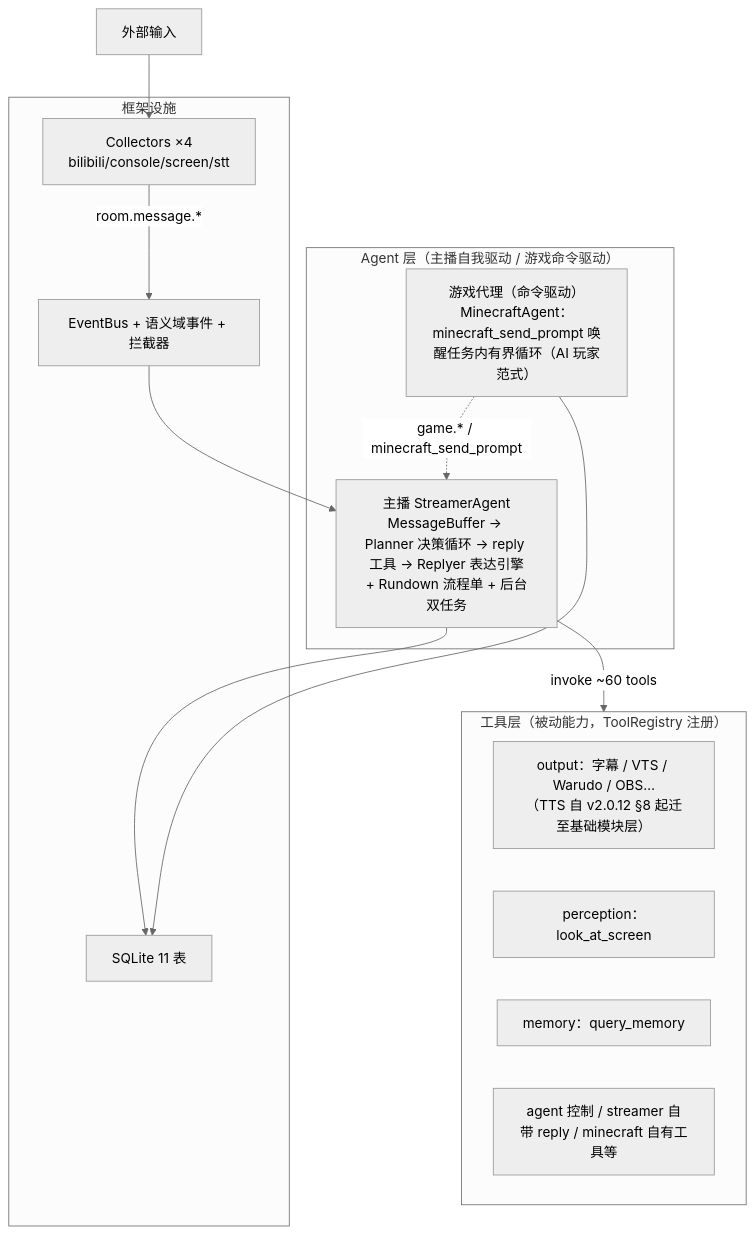
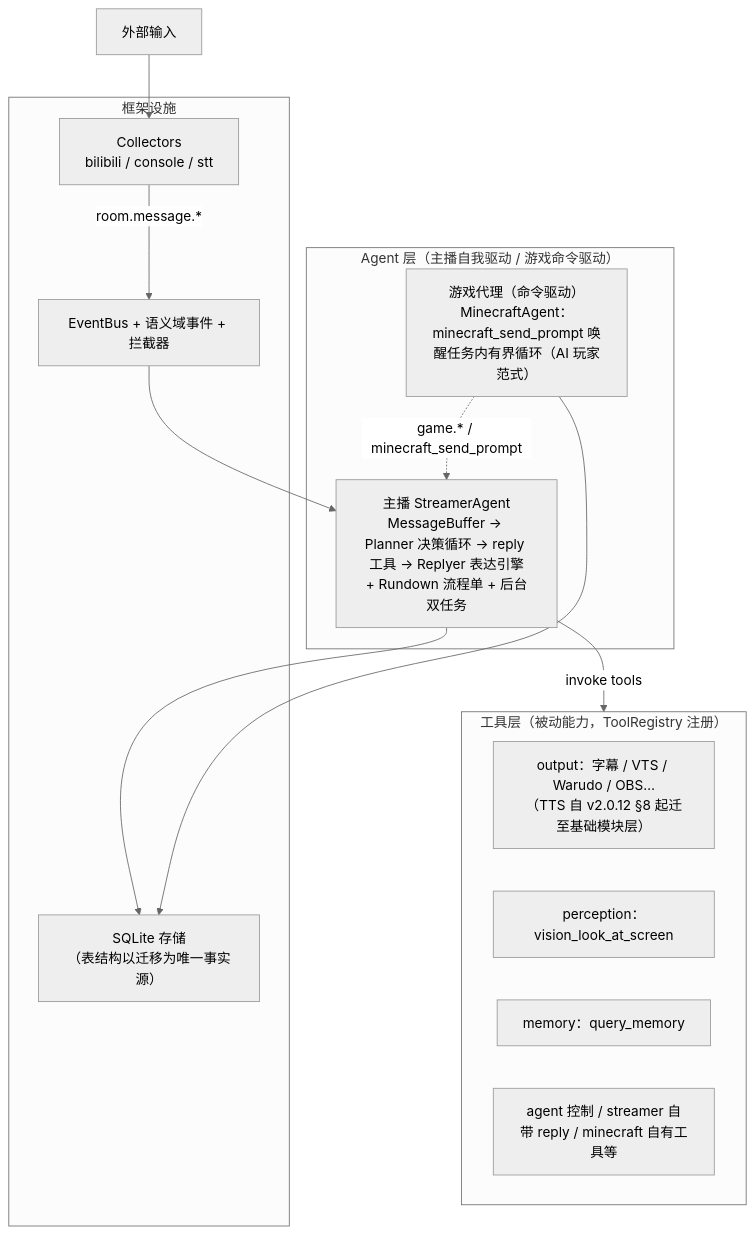
One commit to LittleSadSheep/Amaidesu changed the diagram in docs/architecture/v2-architecture.md. Above: the diagram before and after it, drawn with Mermaid (neutral theme). The commit also changed other lines of this file and 5 other files, not shown here.

````diff
--- a/docs/architecture/v2-architecture.md
+++ b/docs/architecture/v2-architecture.md
@@ -114,23 +114,23 @@
 ```mermaid
 flowchart TB
     subgraph Agents["Agent 层（主播自我驱动 / 游戏命令驱动）"]
         SA["主播 StreamerAgent<br/>MessageBuffer → Planner 决策循环 → reply 工具 → Replyer 表达引擎<br/>+ Rundown 流程单 + 后台双任务"]
         GA["游戏代理（命令驱动）<br/>MinecraftAgent：minecraft_send_prompt 唤醒任务内有界循环（AI 玩家范式）"]
     end
     subgraph Tools["工具层（被动能力，ToolRegistry 注册）"]
         T1["output：字幕 / VTS / Warudo / OBS…<br/>（TTS 自 v2.0.12 §8 起迁至基础模块层）"]
-        T2["perception：look_at_screen"]
+        T2["perception：vision_look_at_screen"]
         T3["memory：query_memory"]
         T4["agent 控制 / streamer 自带 reply / minecraft 自有工具等"]
     end
     subgraph Infra["框架设施"]
-        COL["Collectors ×4<br/>bilibili/console/screen/stt"]
+        COL["Collectors<br/>bilibili / console / stt"]
         BUS["EventBus + 语义域事件 + 拦截器"]
-        STO["SQLite 11 表"]
+        STO["SQLite 存储<br/>（表结构以迁移为唯一事实源）"]
     end
     EXT["外部输入"] --> COL -->|"room.message.*"| BUS
     BUS --> SA
     GA -.->|"game.* / minecraft_send_prompt"| SA
-    SA -->|"invoke ~60 tools"| Tools
+    SA -->|"invoke tools"| Tools
     SA & GA --> STO
 ```
````
